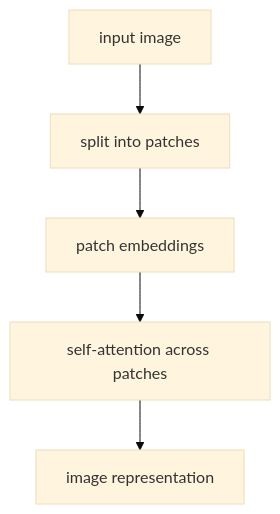
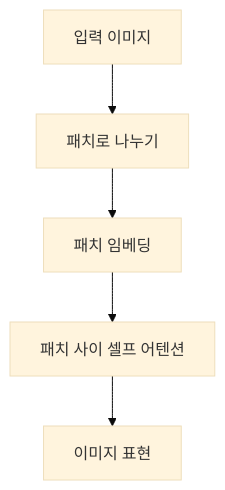
The diagram in docs/assets/part-05/chapter-11/vit-patch-flow-ko.mmd (devchan64/AiBook), drawn with Mermaid (base theme) before and after one commit. The commit also changed 51 other files, not shown here.

Commit message:
Update Part 5 learning support diagrams and notes

```diff
--- a/docs/assets/part-05/chapter-11/vit-patch-flow-ko.mmd
+++ b/docs/assets/part-05/chapter-11/vit-patch-flow-ko.mmd
@@ -1,11 +1,11 @@
 flowchart TD
-  A["input image"]
-  B["split into patches"]
-  C["patch embeddings"]
-  D["self-attention across patches"]
-  E["image representation"]
+  A["입력 이미지"]
+  B["패치로 나누기"]
+  C["패치 임베딩"]
+  D["패치 사이 셀프 어텐션"]
+  E["이미지 표현"]
 
   A --> B
   B --> C
   C --> D
   D --> E
```
